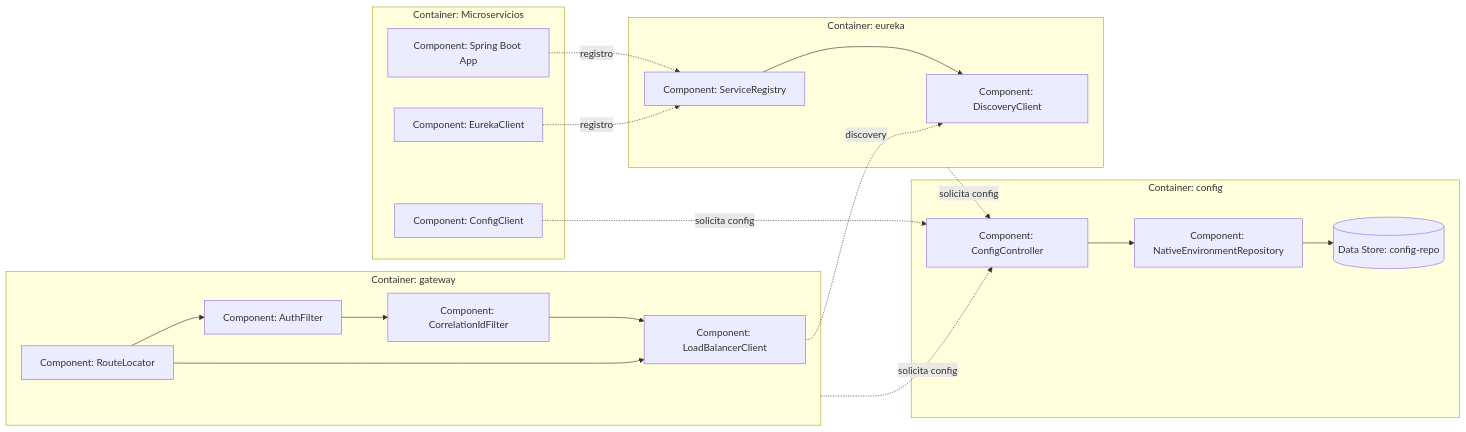
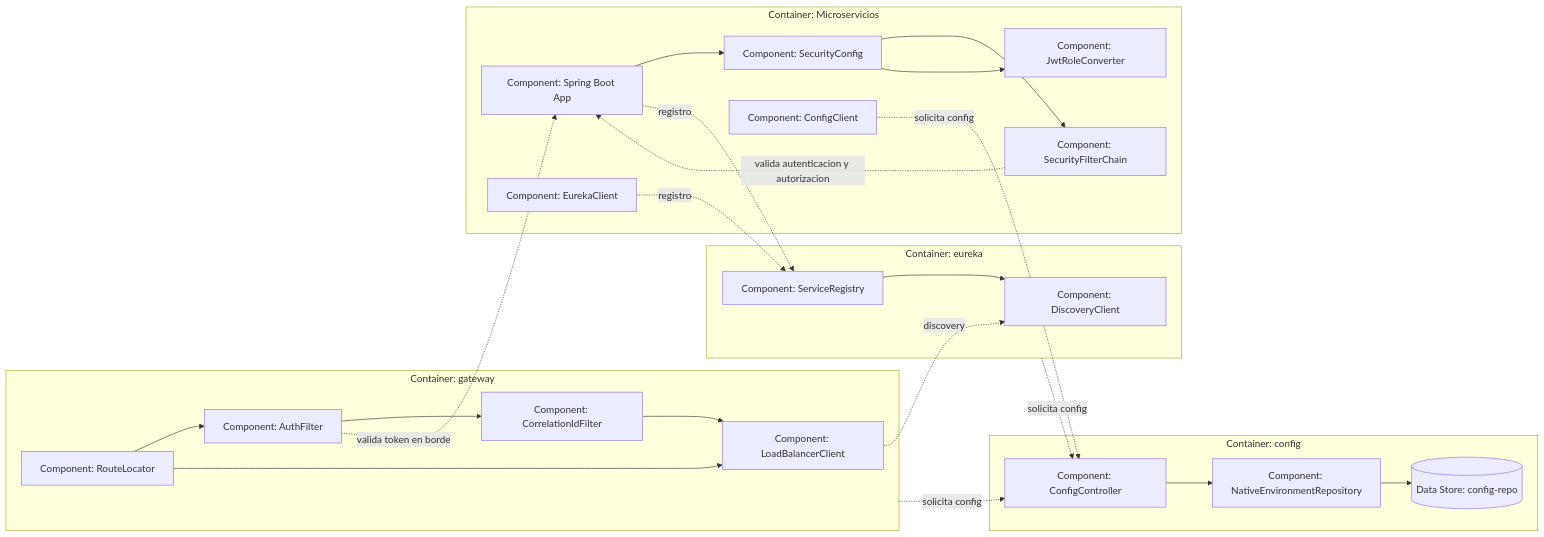
The third of 10 diagrams in README_02_ARQUITECTURA_DETALLADA.md (262dist/pagatu), drawn with Mermaid before and after one commit. The commit also changed other lines of this file, not shown here.

````diff
--- a/README_02_ARQUITECTURA_DETALLADA.md
+++ b/README_02_ARQUITECTURA_DETALLADA.md
@@ -60,43 +60,52 @@
 ```mermaid
 flowchart LR
     subgraph gateway["Container: gateway"]
         routeLocator["Component: RouteLocator"]
         authFilter["Component: AuthFilter"]
         traceFilter["Component: CorrelationIdFilter"]
         lbClient["Component: LoadBalancerClient"]
 
         routeLocator --> authFilter
         authFilter --> traceFilter
         traceFilter --> lbClient
     end
 
     subgraph eureka["Container: eureka"]
         registry["Component: ServiceRegistry"]
         discovery["Component: DiscoveryClient"]
 
         registry --> discovery
     end
 
     subgraph config["Container: config"]
         configController["Component: ConfigController"]
         nativeRepo["Component: NativeEnvironmentRepository"]
         configRepo[(Data Store: config-repo)]
 
         configController --> nativeRepo
         nativeRepo --> configRepo
     end
 
     subgraph ms["Container: Microservicios"]
         serviceApp["Component: Spring Boot App"]
+        securityConfig["Component: SecurityConfig"]
+        securityChain["Component: SecurityFilterChain"]
+        roleConverter["Component: JwtRoleConverter"]
         eurekaClient["Component: EurekaClient"]
         configClient["Component: ConfigClient"]
+
+        serviceApp --> securityConfig
+        securityConfig --> securityChain
+        securityConfig --> roleConverter
     end
 
     routeLocator --> lbClient
     lbClient -. discovery .-> discovery
+    authFilter -. valida token en borde .-> serviceApp
+    securityChain -. valida autenticacion y autorizacion .-> serviceApp
     serviceApp -. registro .-> registry
     configClient -. solicita config .-> configController
     eurekaClient -. registro .-> registry
     gateway -. solicita config .-> configController
     eureka -. solicita config .-> configController
 ```
````
